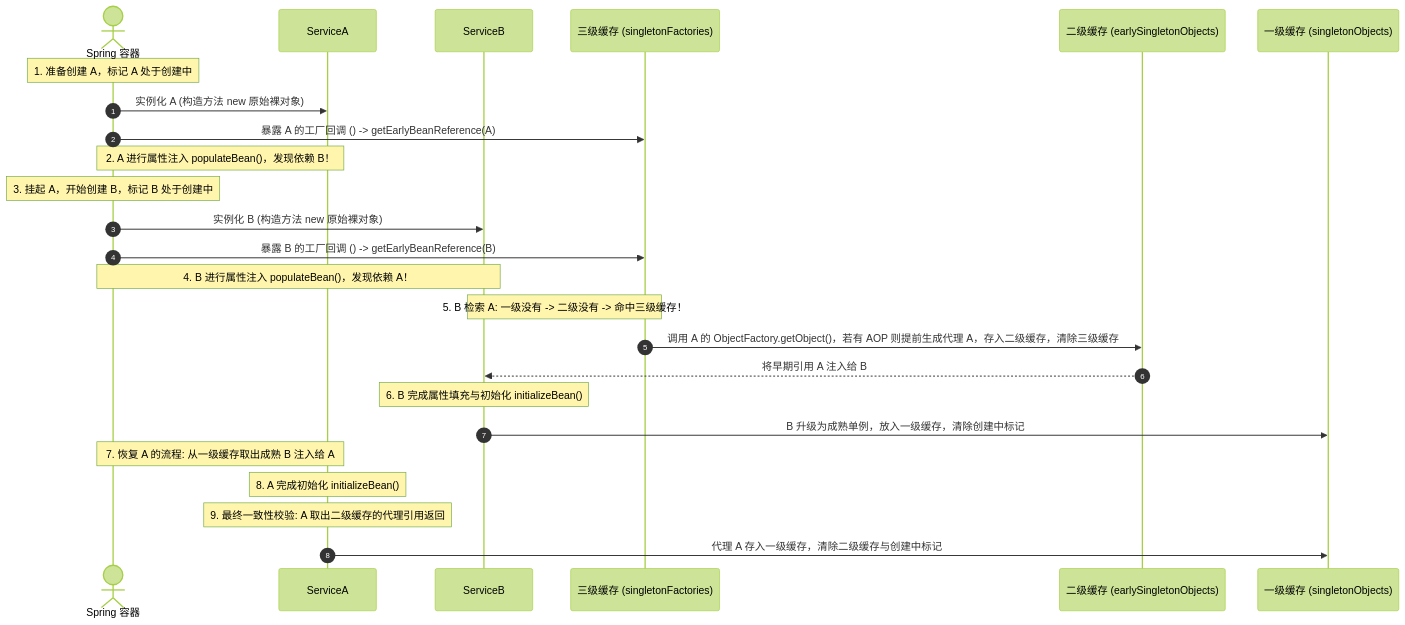
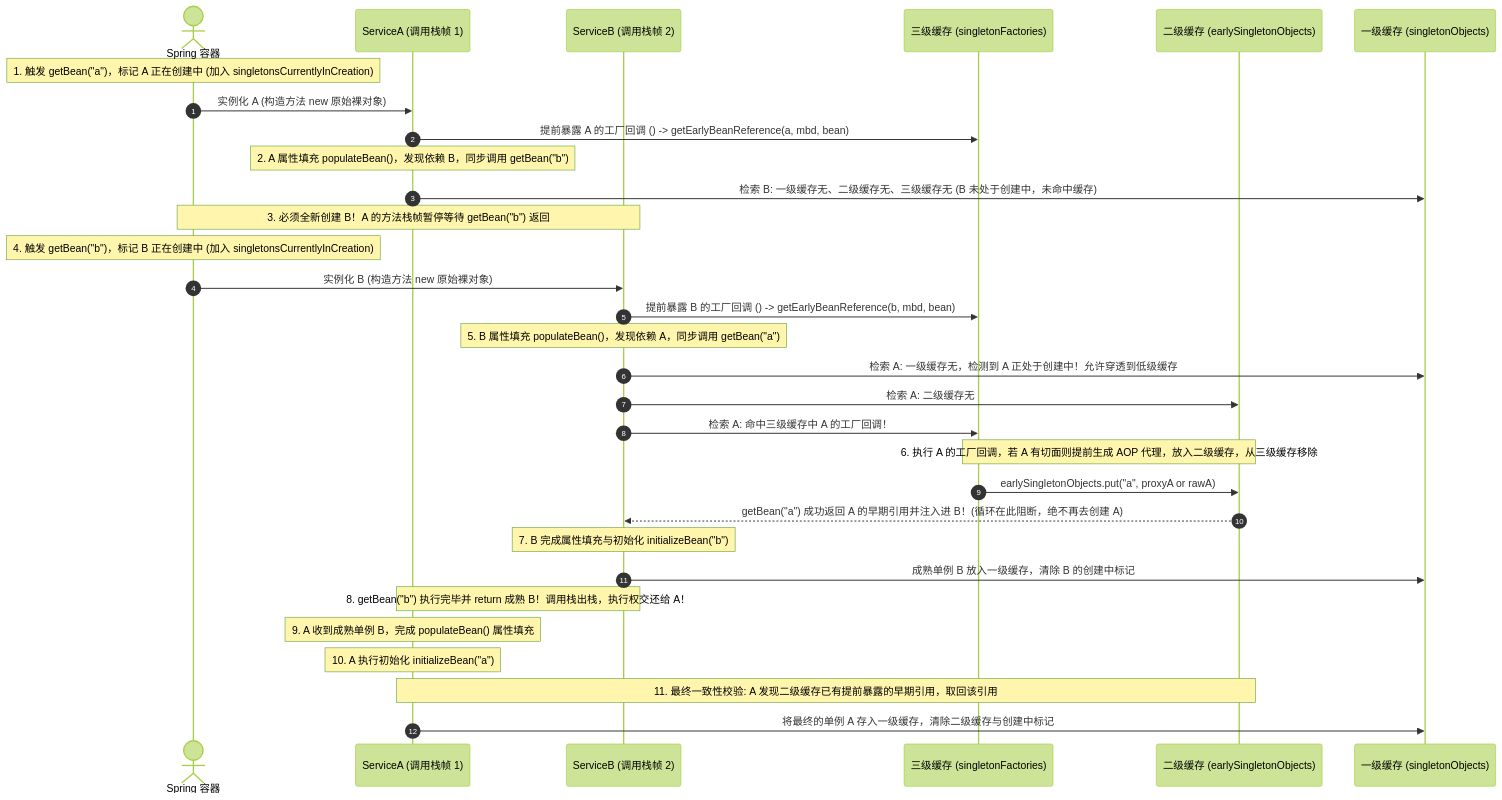
Before and after one commit to GuoWWWX/knowledge-base: the third of 3 diagrams in 20-Java后端/04-Spring生态/13-Spring循环依赖与三级缓存.md, drawn with Mermaid (forest theme). The commit also changed other lines of this file, not shown here.

Commit message:
docs(spring): 深度补齐循环依赖方法调用栈帧与死循环阻断机制

````diff
--- a/20-Java后端/04-Spring生态/13-Spring循环依赖与三级缓存.md
+++ b/20-Java后端/04-Spring生态/13-Spring循环依赖与三级缓存.md
@@ -120,31 +120,40 @@
 ```mermaid
 sequenceDiagram
     autonumber
     actor Container as Spring 容器
-    participant A as ServiceA
-    participant B as ServiceB
+    participant A as ServiceA (调用栈帧 1)
+    participant B as ServiceB (调用栈帧 2)
     participant L3 as 三级缓存 (singletonFactories)
     participant L2 as 二级缓存 (earlySingletonObjects)
     participant L1 as 一级缓存 (singletonObjects)
 
-    Note over Container: 1. 准备创建 A，标记 A 处于创建中
+    Note over Container: 1. 触发 getBean("a")，标记 A 正在创建中 (加入 singletonsCurrentlyInCreation)
     Container->>A: 实例化 A (构造方法 new 原始裸对象)
-    Container->>L3: 暴露 A 的工厂回调 () -> getEarlyBeanReference(A)
-    Note over Container, A: 2. A 进行属性注入 populateBean()，发现依赖 B！
+    A->>L3: 提前暴露 A 的工厂回调 () -> getEarlyBeanReference(a, mbd, bean)
+    
+    Note over A: 2. A 属性填充 populateBean()，发现依赖 B，同步调用 getBean("b")
+    A->>L1: 检索 B: 一级缓存无、二级缓存无、三级缓存无 (B 未处于创建中，未命中缓存)
+    Note over Container, B: 3. 必须全新创建 B！A 的方法栈帧暂停等待 getBean("b") 返回
 
-    Note over Container: 3. 挂起 A，开始创建 B，标记 B 处于创建中
+    Note over Container: 4. 触发 getBean("b")，标记 B 正在创建中 (加入 singletonsCurrentlyInCreation)
     Container->>B: 实例化 B (构造方法 new 原始裸对象)
-    Container->>L3: 暴露 B 的工厂回调 () -> getEarlyBeanReference(B)
-    Note over Container, B: 4. B 进行属性注入 populateBean()，发现依赖 A！
+    B->>L3: 提前暴露 B 的工厂回调 () -> getEarlyBeanReference(b, mbd, bean)
+    
+    Note over B: 5. B 属性填充 populateBean()，发现依赖 A，同步调用 getBean("a")
+    B->>L1: 检索 A: 一级缓存无，检测到 A 正处于创建中！允许穿透到低级缓存
+    B->>L2: 检索 A: 二级缓存无
+    B->>L3: 检索 A: 命中三级缓存中 A 的工厂回调！
+    
+    Note over L3, L2: 6. 执行 A 的工厂回调，若 A 有切面则提前生成 AOP 代理，放入二级缓存，从三级缓存移除
+    L3->>L2: earlySingletonObjects.put("a", proxyA or rawA)
+    L2-->>B: getBean("a") 成功返回 A 的早期引用并注入进 B！(循环在此阻断，绝不再去创建 A)
+    
+    Note over B: 7. B 完成属性填充与初始化 initializeBean("b")
+    B->>L1: 成熟单例 B 放入一级缓存，清除 B 的创建中标记
+    Note over B, A: 8. getBean("b") 执行完毕并 return 成熟 B！调用栈出栈，执行权交还给 A！
 
-    Note over B, L3: 5. B 检索 A: 一级没有 -> 二级没有 -> 命中三级缓存！
-    L3->>L2: 调用 A 的 ObjectFactory.getObject()，若有 AOP 则提前生成代理 A，存入二级缓存，清除三级缓存
-    L2-->>B: 将早期引用 A 注入给 B
-    Note over B: 6. B 完成属性填充与初始化 initializeBean()
-    B->>L1: B 升级为成熟单例，放入一级缓存，清除创建中标记
-
-    Note over Container, A: 7. 恢复 A 的流程: 从一级缓存取出成熟 B 注入给 A
-    Note over A: 8. A 完成初始化 initializeBean()
-    Note over A: 9. 最终一致性校验: A 取出二级缓存的代理引用返回
-    A->>L1: 代理 A 存入一级缓存，清除二级缓存与创建中标记
+    Note over A: 9. A 收到成熟单例 B，完成 populateBean() 属性填充
+    Note over A: 10. A 执行初始化 initializeBean("a")
+    Note over A, L2: 11. 最终一致性校验: A 发现二级缓存已有提前暴露的早期引用，取回该引用
+    A->>L1: 将最终的单例 A 存入一级缓存，清除二级缓存与创建中标记
 ```
````
